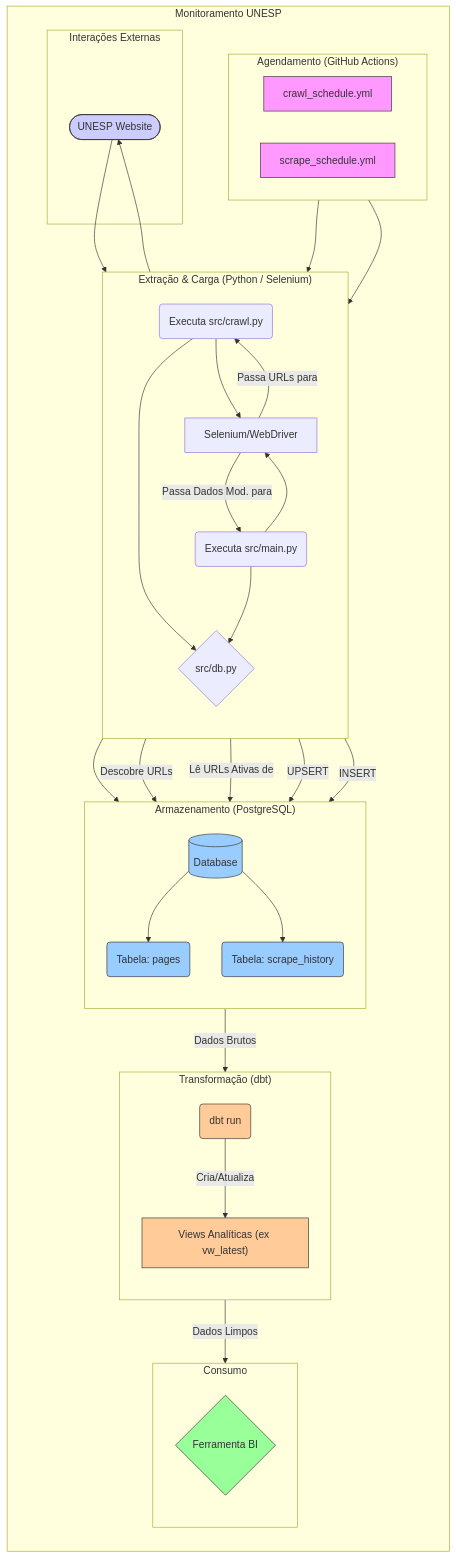
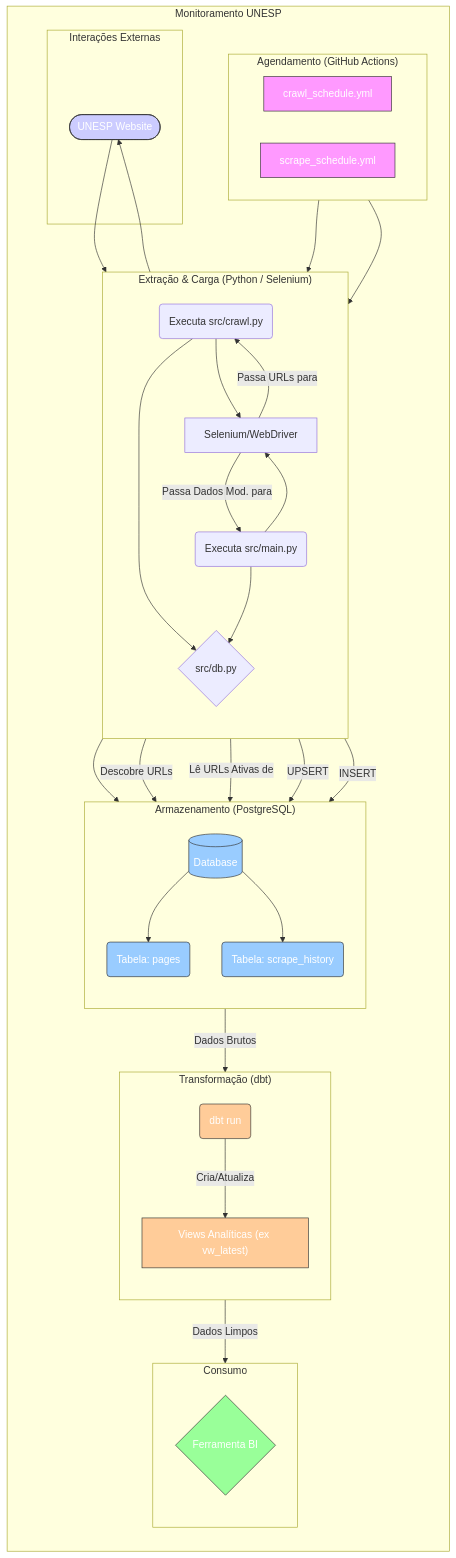
Before and after one commit to luizobara-unesp/webcrawling: the diagram in README.md, drawn with Mermaid.

Commit message:
docs: estilos  mermaid

````diff
--- a/README.md
+++ b/README.md
@@ -81,13 +81,13 @@
     L -- Dados Limpos --> M; 
 
     %% === 4. Define Styles ===
-    style A fill:#f9f,stroke:#333,stroke-width:1px
-    style C fill:#f9f,stroke:#333,stroke-width:1px
-    style G fill:#ccf,stroke:#333,stroke-width:1px
-    style H fill:#9cf,stroke:#333,stroke-width:1px
-    style I fill:#9cf,stroke:#333,stroke-width:1px
-    style J fill:#9cf,stroke:#333,stroke-width:1px
-    style K fill:#FFCC99,stroke:#333,stroke-width:1px
-    style L fill:#FFCC99,stroke:#333,stroke-width:1px
-    style M fill:#99FF99,stroke:#333,stroke-width:1px
+    style A fill:#f9f,stroke:#333,stroke-width:1px, color: white
+    style C fill:#f9f,stroke:#333,stroke-width:1px, color: white
+    style G fill:#ccf,stroke:#333,stroke-width:1px, color: white
+    style H fill:#9cf,stroke:#333,stroke-width:1px, color: white
+    style I fill:#9cf,stroke:#333,stroke-width:1px, color: white
+    style J fill:#9cf,stroke:#333,stroke-width:1px, color: white
+    style K fill:#FFCC99,stroke:#333,stroke-width:1px, color: white
+    style L fill:#FFCC99,stroke:#333,stroke-width:1px, color: white
+    style M fill:#99FF99,stroke:#333,stroke-width:1px, color: white
 ```
````
